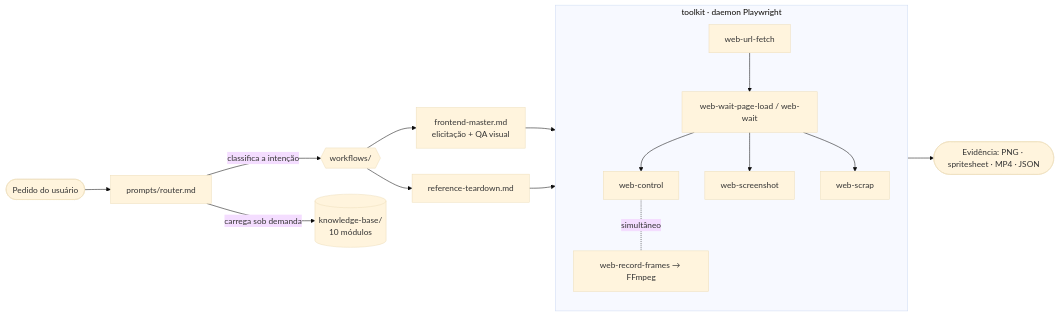
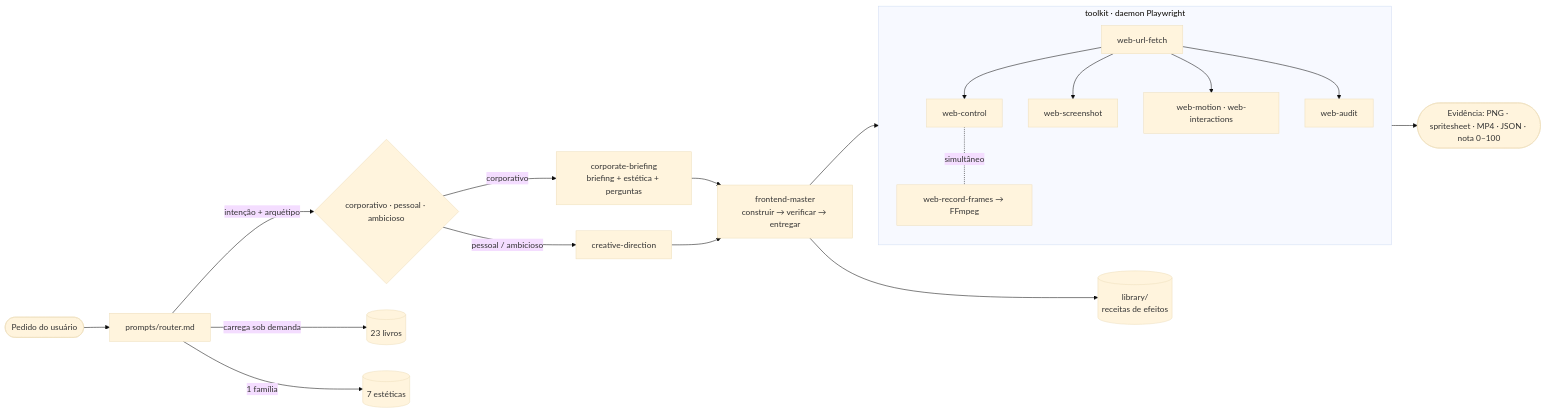
One commit to AnThophicous/parede-da-ia changed the diagram in README.md. Above: the diagram before and after it, drawn with Mermaid (base theme). The commit also changed other lines of this file and 3 other files, not shown here.

````diff
--- a/README.md
+++ b/README.md
@@ -64,19 +69,22 @@
 ```mermaid
 flowchart LR
     U([Pedido do usuário]) --> R[prompts/router.md]
-    R -->|classifica a intenção| W{{workflows/}}
-    R -->|carrega sob demanda| K[(knowledge-base/<br/>10 módulos)]
-    W --> FM[frontend-master.md<br/>elicitação + QA visual]
-    W --> RT[reference-teardown.md]
+    R -->|intenção + arquétipo| A{corporativo · pessoal · ambicioso}
+    A -->|corporativo| CB[corporate-briefing<br/>briefing + estética + perguntas]
+    A -->|pessoal / ambicioso| CD[creative-direction]
+    CB --> FM[frontend-master<br/>construir → verificar → entregar]
+    CD --> FM
+    R -->|carrega sob demanda| K[(23 livros)]
+    R -->|1 família| E[(7 estéticas)]
+    FM --> L[(library/<br/>receitas de efeitos)]
     FM --> T
-    RT --> T
     subgraph T [toolkit · daemon Playwright]
       direction TB
-      F[web-url-fetch] --> L[web-wait-page-load / web-wait]
-      L --> C[web-control]
-      L --> S[web-screenshot]
-      L --> X[web-scrap]
+      F[web-url-fetch] --> C[web-control]
+      F --> S[web-screenshot]
+      F --> M[web-motion · web-interactions]
+      F --> Q[web-audit]
       C -. simultâneo .- V[web-record-frames → FFmpeg]
     end
-    T --> E([Evidência: PNG · spritesheet · MP4 · JSON])
+    T --> EV([Evidência: PNG · spritesheet · MP4 · JSON · nota 0–100])
 ```
````
